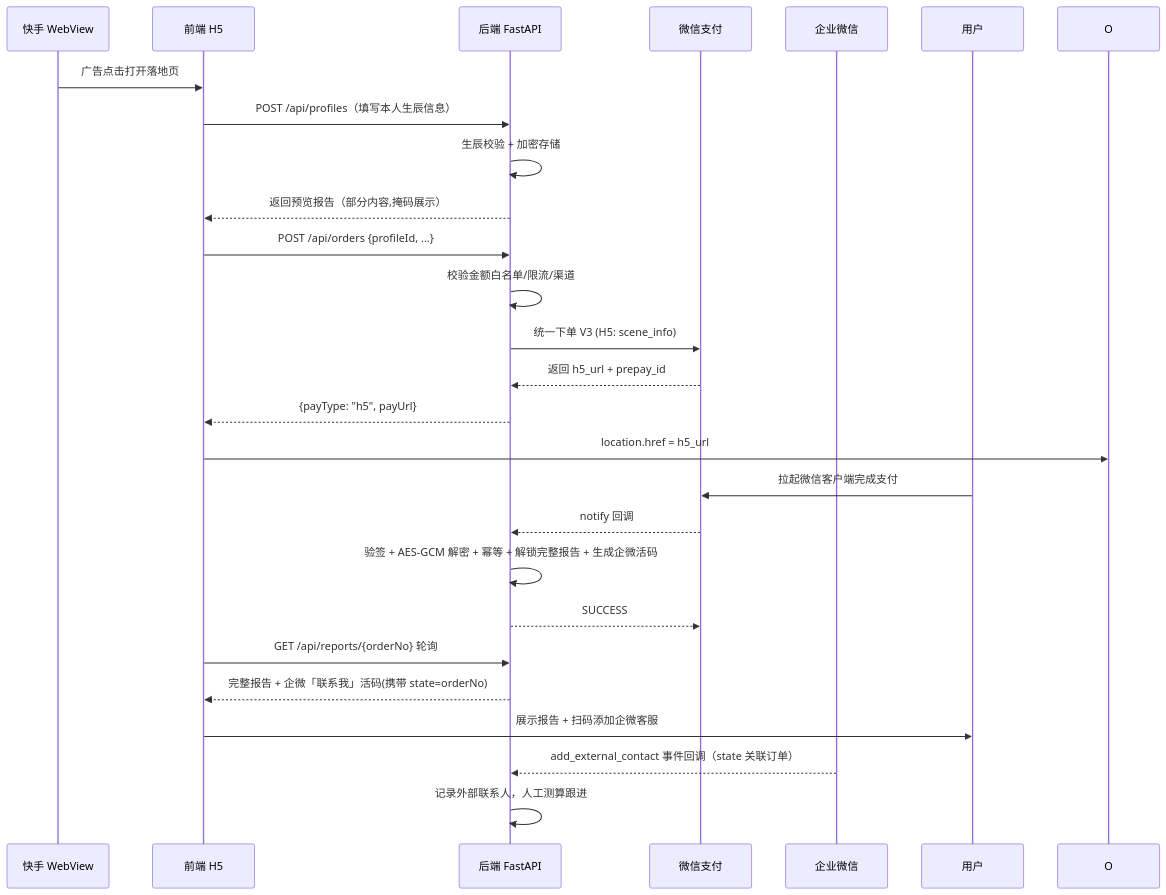
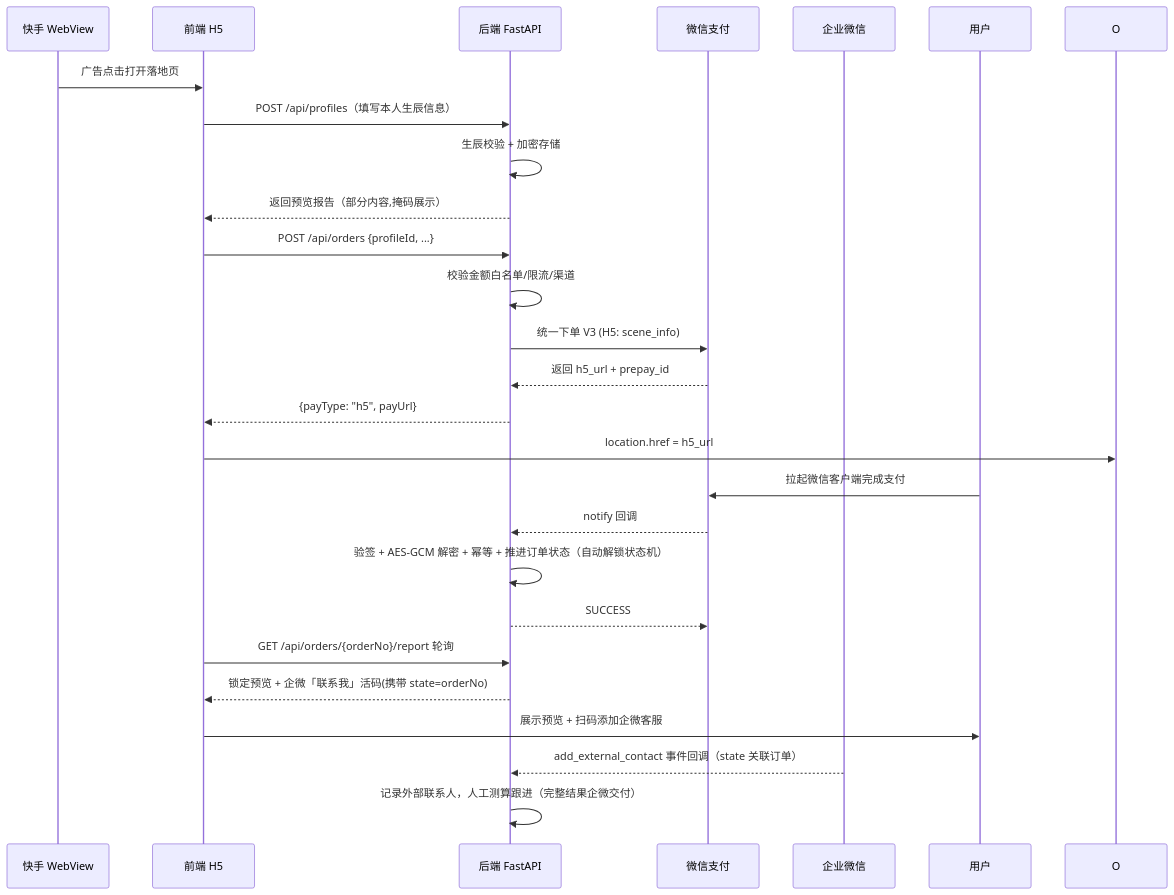
The third of 5 diagrams in doc/开发文档.md (LiquorXR/yycs), drawn with Mermaid before and after one commit. The commit also changed other lines of this file and 1 other file, not shown here.

````diff
--- a/doc/开发文档.md
+++ b/doc/开发文档.md
@@ -83,29 +83,29 @@
 ```mermaid
 sequenceDiagram
     participant K as 快手 WebView
     participant F as 前端 H5
     participant B as 后端 FastAPI
     participant W as 微信支付
     participant Q as 企业微信
     participant UX as 用户
 
     K->>F: 广告点击打开落地页
     F->>B: POST /api/profiles（填写本人生辰信息）
     B->>B: 生辰校验 + 加密存储
     B-->>F: 返回预览报告（部分内容,掩码展示）
     F->>B: POST /api/orders {profileId, ...}
     B->>B: 校验金额白名单/限流/渠道
     B->>W: 统一下单 V3 (H5: scene_info)
     W-->>B: 返回 h5_url + prepay_id
     B-->>F: {payType: "h5", payUrl}
     F->>O: location.href = h5_url
     UX->>W: 拉起微信客户端完成支付
     W-->>B: notify 回调
-    B->>B: 验签 + AES-GCM 解密 + 幂等 + 解锁完整报告 + 生成企微活码
+    B->>B: 验签 + AES-GCM 解密 + 幂等 + 推进订单状态（自动解锁状态机）
     B-->>W: SUCCESS
-    F->>B: GET /api/reports/{orderNo} 轮询
-    B-->>F: 完整报告 + 企微「联系我」活码(携带 state=orderNo)
-    F->>UX: 展示报告 + 扫码添加企微客服
+    F->>B: GET /api/orders/{orderNo}/report 轮询
+    B-->>F: 锁定预览 + 企微「联系我」活码(携带 state=orderNo)
+    F->>UX: 展示预览 + 扫码添加企微客服
     Q-->>B: add_external_contact 事件回调（state 关联订单）
-    B->>B: 记录外部联系人，人工测算跟进
+    B->>B: 记录外部联系人，人工测算跟进（完整结果企微交付）
 ```
````
